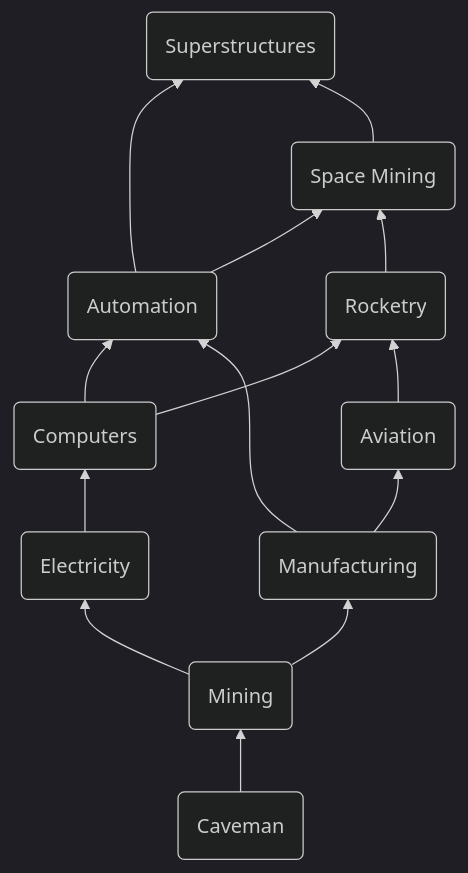
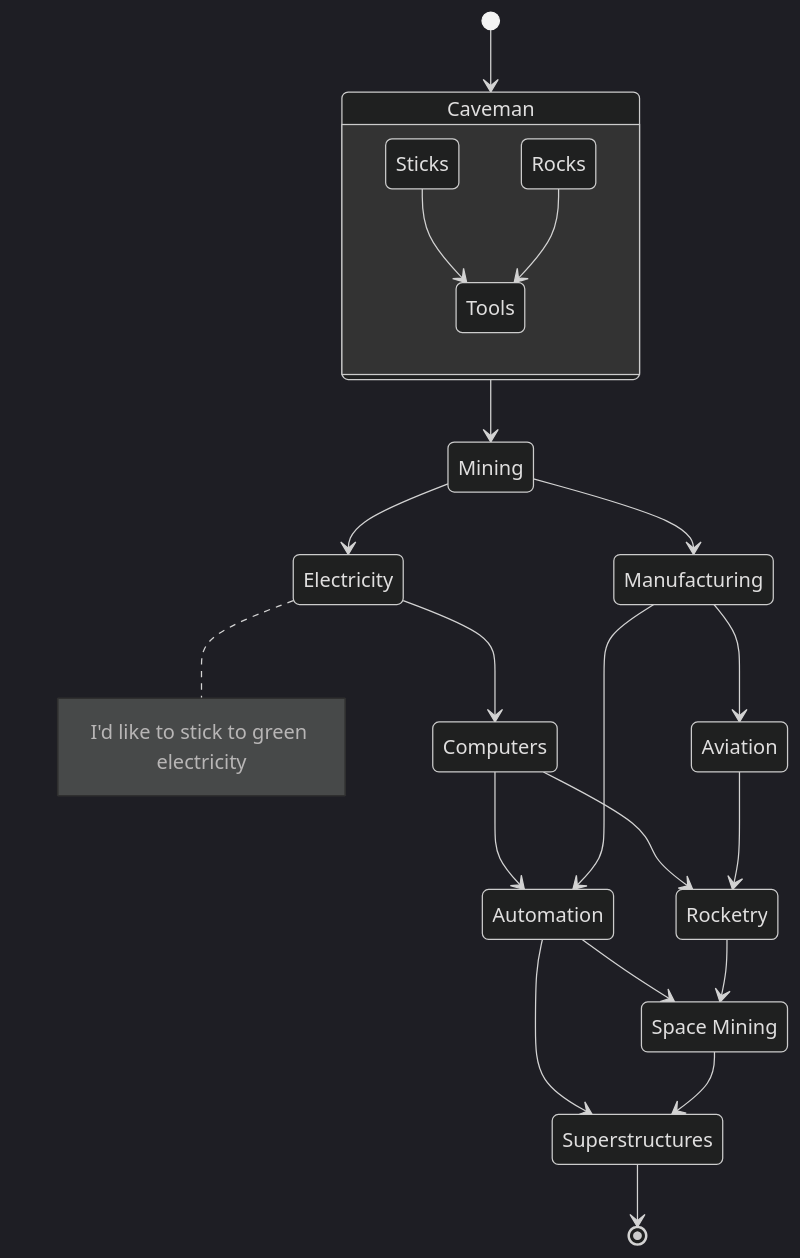
One commit to ethan-w-foshee/TerraStella changed the diagram in FLOWCHART.md. Above: the diagram before and after it, drawn with Mermaid (dark theme).

Commit message:
Use StateDiagram (can embed sub-stages more easily)

````diff
--- a/FLOWCHART.md
+++ b/FLOWCHART.md
@@ -14,27 +14,42 @@
 ```mermaid
-flowchart BT
-1(Caveman)
-2(Mining)
-3(Electricity)
-4(Manufacturing)
-5(Computers)
-6(Automation)
-7(Aviation)
-8(Rocketry)
-9(Space Mining)
-10(Superstructures)
+stateDiagram-v2
+  1  : Caveman
+  2  : Mining
+  3  : Electricity
+  4  : Manufacturing
+  5  : Computers
+  6  : Automation
+  7  : Aviation
+  8  : Rocketry
+  9  : Space Mining
+  10 : Superstructures
 
-1 --> 2
-2 --> 3
-2 --> 4
-3 --> 5
-5 --> 6
-4 --> 6
-4 --> 7
-5 --> 8
-7 --> 8
-6 --> 9
-8 --> 9
-6 --> 10
-9 --> 10
+  state 1 {
+    1.1a : Sticks
+    1.1b : Rocks
+    1.2  : Tools
+
+    1.1a --> 1.2
+    1.1b  --> 1.2
+  }
+
+  note right of 3
+    I'd like to stick to green electricity
+  end note
+
+  [*] --> 1
+  1 --> 2
+  2 --> 3
+  2 --> 4
+  3 --> 5
+  5 --> 6
+  4 --> 6
+  4 --> 7
+  5 --> 8
+  7 --> 8
+  6 --> 9
+  8 --> 9
+  6 --> 10
+  9 --> 10
+  10 --> [*]
 ```
````
